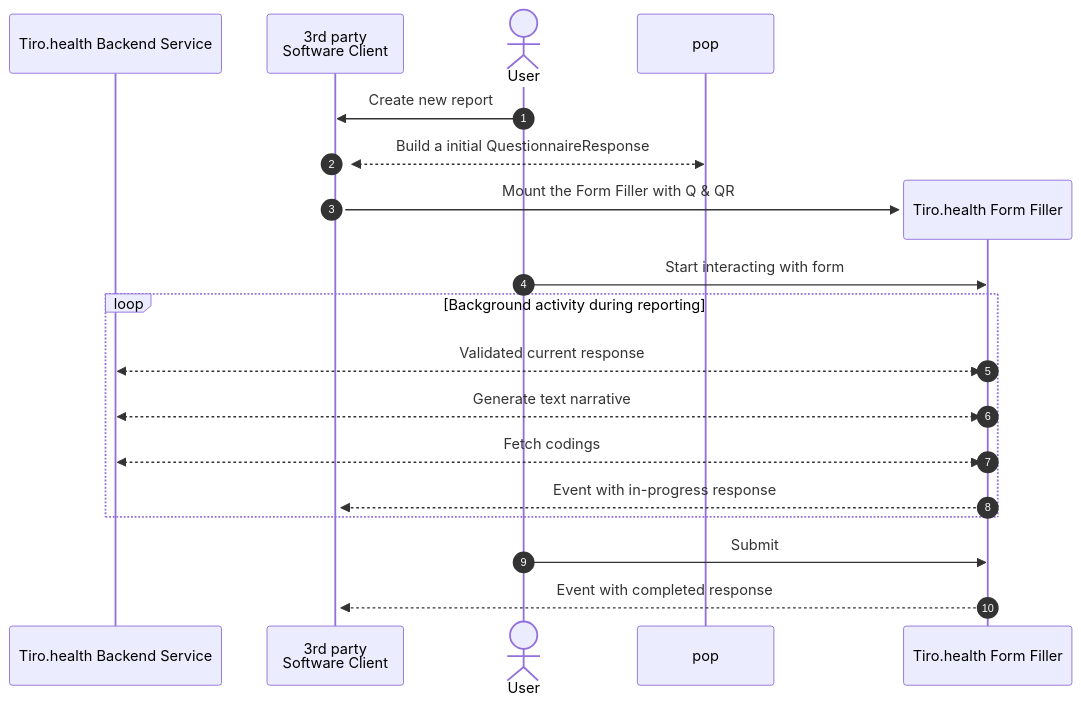
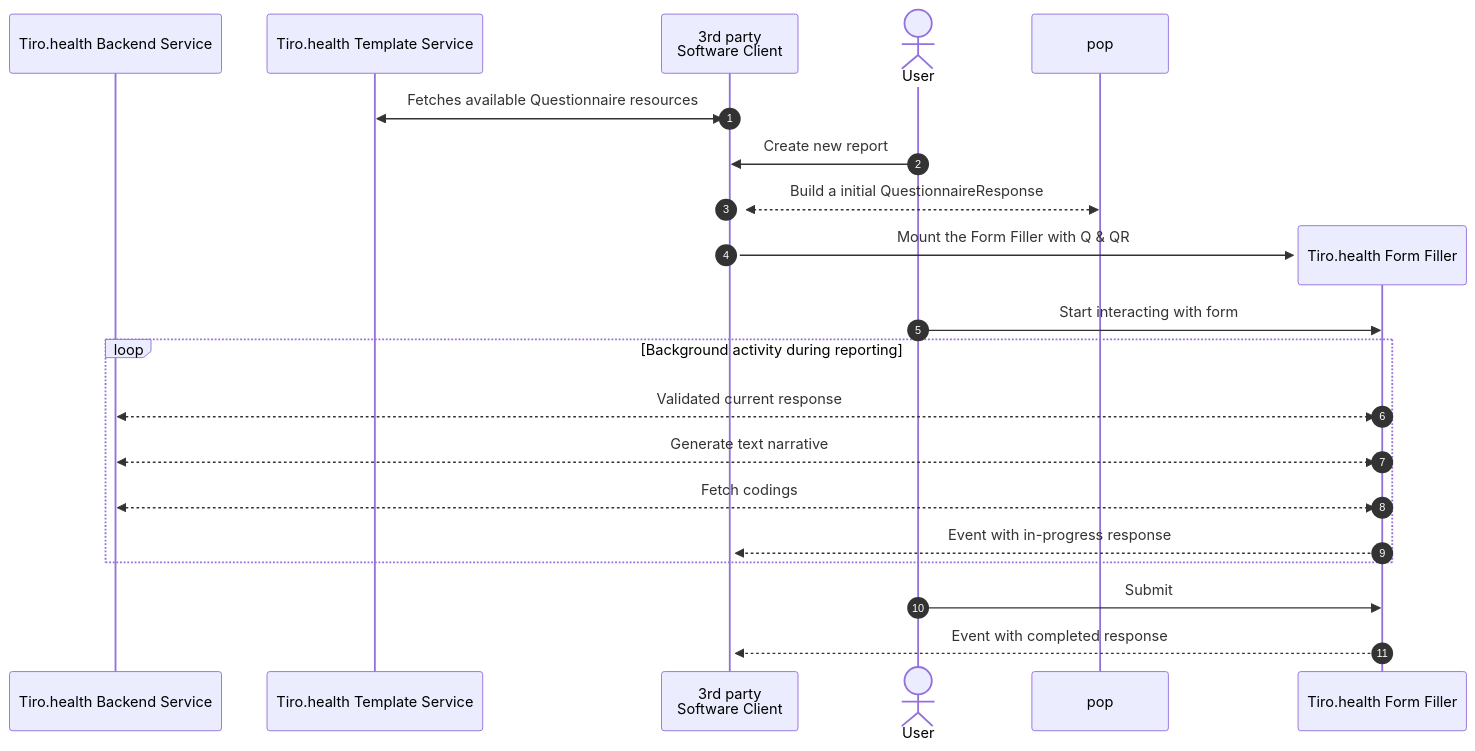
Before and after one commit to Tiro-health/atticus-docs: the second of 2 diagrams in src/app/form-sdk/page.mdx, drawn with Mermaid. The commit also changed other lines of this file, not shown here.

Commit message:
Add Tiro.health Template Server to diagram

````diff
--- a/src/app/form-sdk/page.mdx
+++ b/src/app/form-sdk/page.mdx
@@ -79,21 +82,23 @@
 ```mermaid
 sequenceDiagram
 	autonumber
 	participant bs as Tiro.health Backend Service
+    participant ts as Tiro.health Template Service
 	participant client as 3rd party <br/> Software Client
 	actor User
+ 	client <<->> ts: Fetches available Questionnaire resources
 	User ->> client: Create new report
 	activate client
 	client <<-->> pop: Build a initial QuestionnaireResponse
 	create participant ff as Tiro.health Form Filler
 	client ->> ff: Mount the Form Filler with Q & QR
 	User ->> ff: Start interacting with form
 	loop Background activity during reporting
 	ff <<-->> bs: Validated current response
 	ff <<-->> bs: Generate text narrative
 	ff <<-->> bs: Fetch codings
 	ff -->> client: Event with in-progress response
 	end
 	User ->> ff: Submit
 	ff -->> client: Event with completed response
 ```
````
